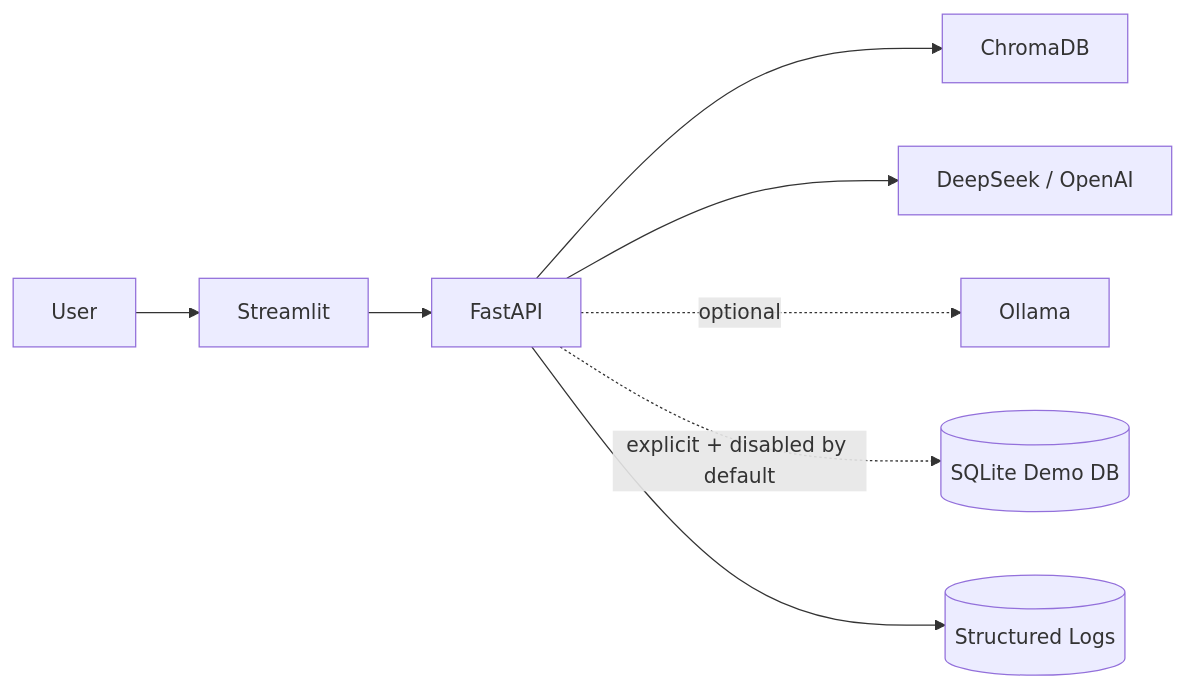
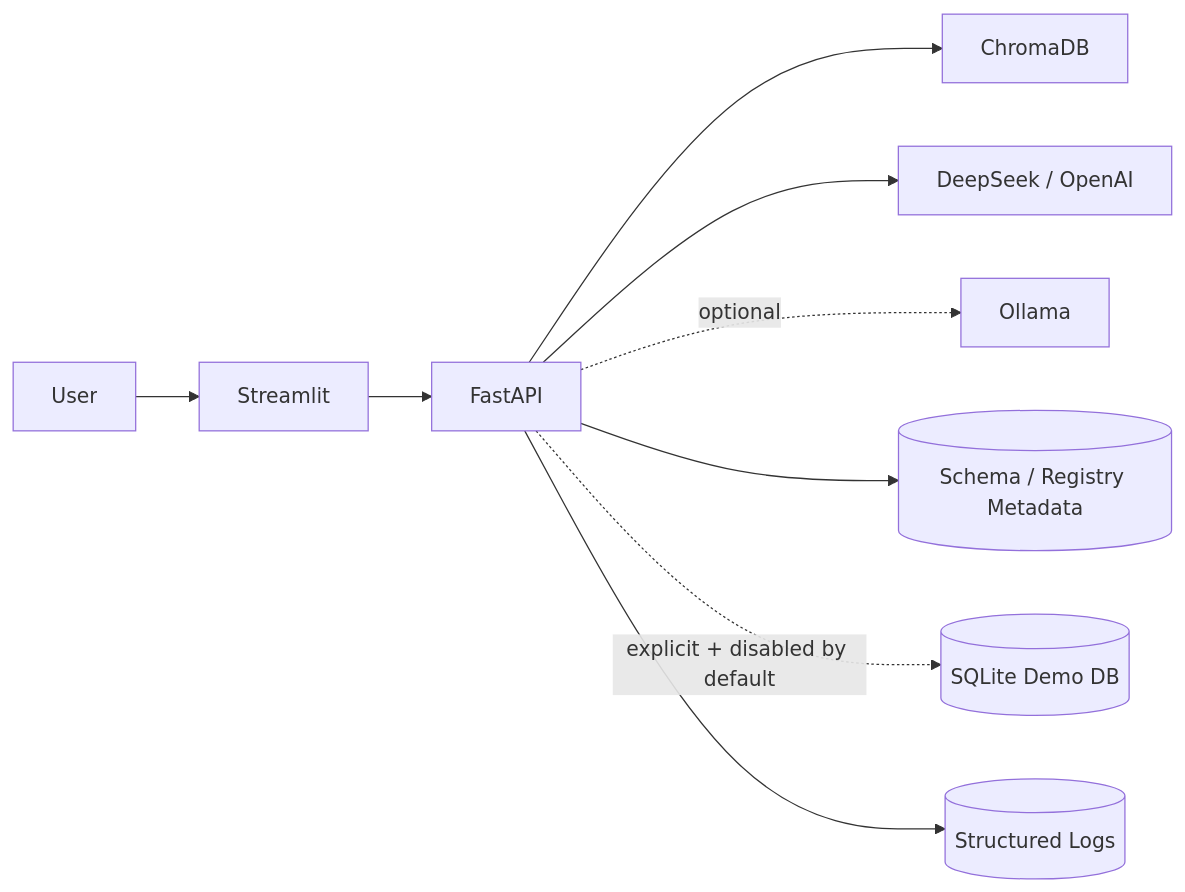
The tenth of 10 diagrams in docs/ARCHITECTURE.md (plutoczm/DataCopilot), drawn with Mermaid before and after one commit. The commit also changed other lines of this file, not shown here.

Commit message:
docs: add schema catalog and result oracle architecture

````diff
--- a/docs/ARCHITECTURE.md
+++ b/docs/ARCHITECTURE.md
@@ -245,10 +295,11 @@
 ```mermaid
 flowchart LR
     User --> Frontend[Streamlit]
     Frontend --> Backend[FastAPI]
     Backend --> Chroma[ChromaDB]
     Backend --> Cloud[DeepSeek / OpenAI]
     Backend -. optional .-> Ollama
+    Backend --> Metadata[(Schema / Registry Metadata)]
     Backend -. explicit + disabled by default .-> DemoDB[(SQLite Demo DB)]
     Backend --> Logs[(Structured Logs)]
 ```
````
